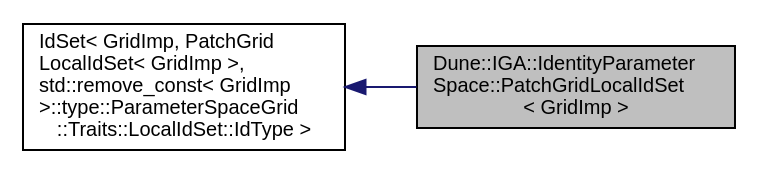
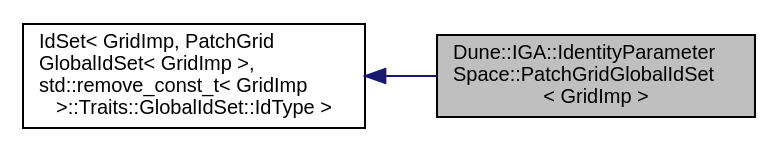
Before and after one commit to rath3t/dune-iga-doc: the diagram in d4/d41/a01661.dot, drawn with Graphviz. The commit also changed 750 other files, not shown here.

Commit message:
deploy: rath3t/dune-iga@60fe716c4f73637d930204d5d5b790431ee92883

```diff
--- a/d4/d41/a01661.dot
+++ b/d4/d41/a01661.dot
@@ -1,10 +1,10 @@
-digraph "Dune::IGA::IdentityParameterSpace::PatchGridLocalIdSet&lt; GridImp &gt;"
+digraph "Dune::IGA::IdentityParameterSpace::PatchGridGlobalIdSet&lt; GridImp &gt;"
 {
  // LATEX_PDF_SIZE
   edge [fontname="Helvetica",fontsize="10",labelfontname="Helvetica",labelfontsize="10"];
   node [fontname="Helvetica",fontsize="10",shape=record];
   rankdir="LR";
-  Node1 [label="Dune::IGA::IdentityParameter\lSpace::PatchGridLocalIdSet\l\< GridImp \>",height=0.2,width=0.4,color="black", fillcolor="grey75", style="filled", fontcolor="black",tooltip=" "];
+  Node1 [label="Dune::IGA::IdentityParameter\lSpace::PatchGridGlobalIdSet\l\< GridImp \>",height=0.2,width=0.4,color="black", fillcolor="grey75", style="filled", fontcolor="black",tooltip=" "];
   Node2 -> Node1 [dir="back",color="midnightblue",fontsize="10",style="solid",fontname="Helvetica"];
-  Node2 [label="IdSet\< GridImp, PatchGrid\lLocalIdSet\< GridImp \>,\l std::remove_const\< GridImp\l \>::type::ParameterSpaceGrid\l::Traits::LocalIdSet::IdType \>",height=0.2,width=0.4,color="black", fillcolor="white", style="filled",tooltip=" "];
+  Node2 [label="IdSet\< GridImp, PatchGrid\lGlobalIdSet\< GridImp \>,\l std::remove_const_t\< GridImp\l \>::Traits::GlobalIdSet::IdType \>",height=0.2,width=0.4,color="black", fillcolor="white", style="filled",tooltip=" "];
 }
```
